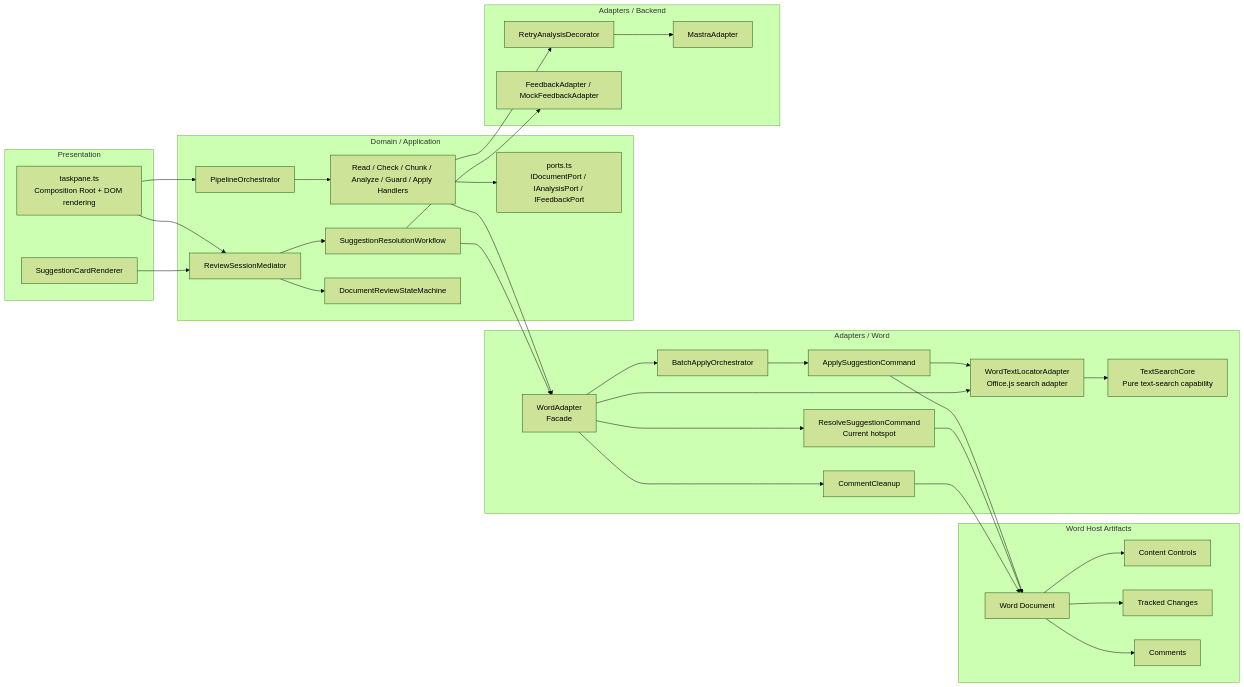
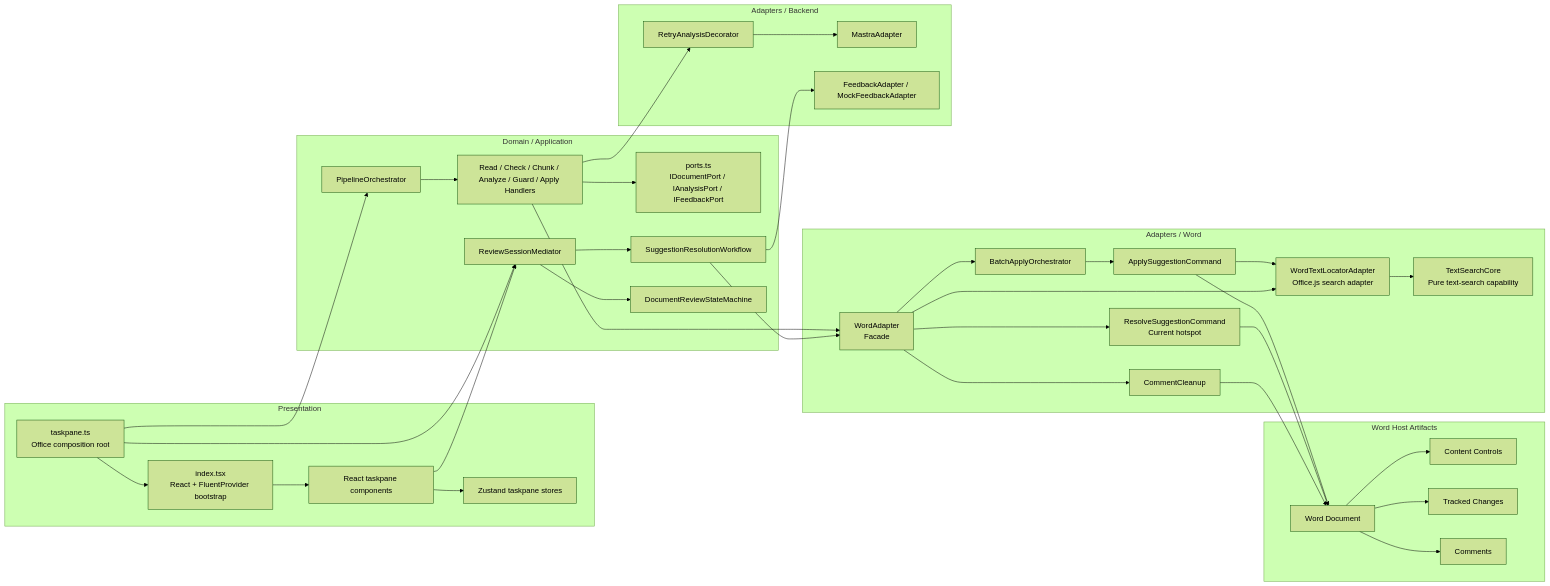
Before and after one commit to Disble/stylistic-addon: the first of 6 diagrams in docs/architecture.md, drawn with Mermaid (forest theme). The commit also changed other lines of this file and 3 other files, not shown here.

Commit message:
docs: update taskpane UI stack guidelines and architecture details

````diff
--- a/docs/architecture.md
+++ b/docs/architecture.md
@@ -111,68 +116,73 @@
 ```mermaid
 flowchart LR
   subgraph PRESENTATION["Presentation"]
-    TP["taskpane.ts\nComposition Root + DOM rendering"]
-    SCR["SuggestionCardRenderer"]
+    TP["taskpane.ts\nOffice composition root"]
+    IDX["index.tsx\nReact + FluentProvider bootstrap"]
+    APP["React taskpane components"]
+    ZS["Zustand taskpane stores"]
   end
 
   subgraph DOMAIN["Domain / Application"]
     PORTS["ports.ts\nIDocumentPort / IAnalysisPort / IFeedbackPort"]
     PIPE["PipelineOrchestrator"]
     HANDLERS["Read / Check / Chunk / Analyze / Guard / Apply Handlers"]
     MED["ReviewSessionMediator"]
     WF["SuggestionResolutionWorkflow"]
     SM["DocumentReviewStateMachine"]
   end
 
   subgraph WORD["Adapters / Word"]
     WA["WordAdapter\nFacade"]
     BAO["BatchApplyOrchestrator"]
     ASC["ApplySuggestionCommand"]
     RSC["ResolveSuggestionCommand\nCurrent hotspot"]
     WTLA["WordTextLocatorAdapter\nOffice.js search adapter"]
     TSC["TextSearchCore\nPure text-search capability"]
     CLEAN["CommentCleanup"]
   end
 
   subgraph BACKEND["Adapters / Backend"]
     MA["MastraAdapter"]
     RETRY["RetryAnalysisDecorator"]
     FB["FeedbackAdapter / MockFeedbackAdapter"]
   end
 
   subgraph HOST["Word Host Artifacts"]
     DOC["Word Document"]
     CCC["Content Controls"]
     TC["Tracked Changes"]
     COM["Comments"]
   end
 
+  TP --> IDX
+  IDX --> APP
+  APP --> ZS
   TP --> PIPE
   PIPE --> HANDLERS
   HANDLERS --> PORTS
   HANDLERS --> WA
   HANDLERS --> RETRY
   RETRY --> MA
 
   TP --> MED
-  SCR --> MED
+  APP --> MED
   MED --> WF
   MED --> SM
   WF --> WA
   WF --> FB
 
   WA --> BAO
   BAO --> ASC
   ASC --> WTLA
   WTLA --> TSC
   WA --> RSC
   WA --> WTLA
   WA --> CLEAN
 
   ASC --> DOC
   RSC --> DOC
   CLEAN --> DOC
   DOC --> CCC
   DOC --> TC
   DOC --> COM
 ```
````
